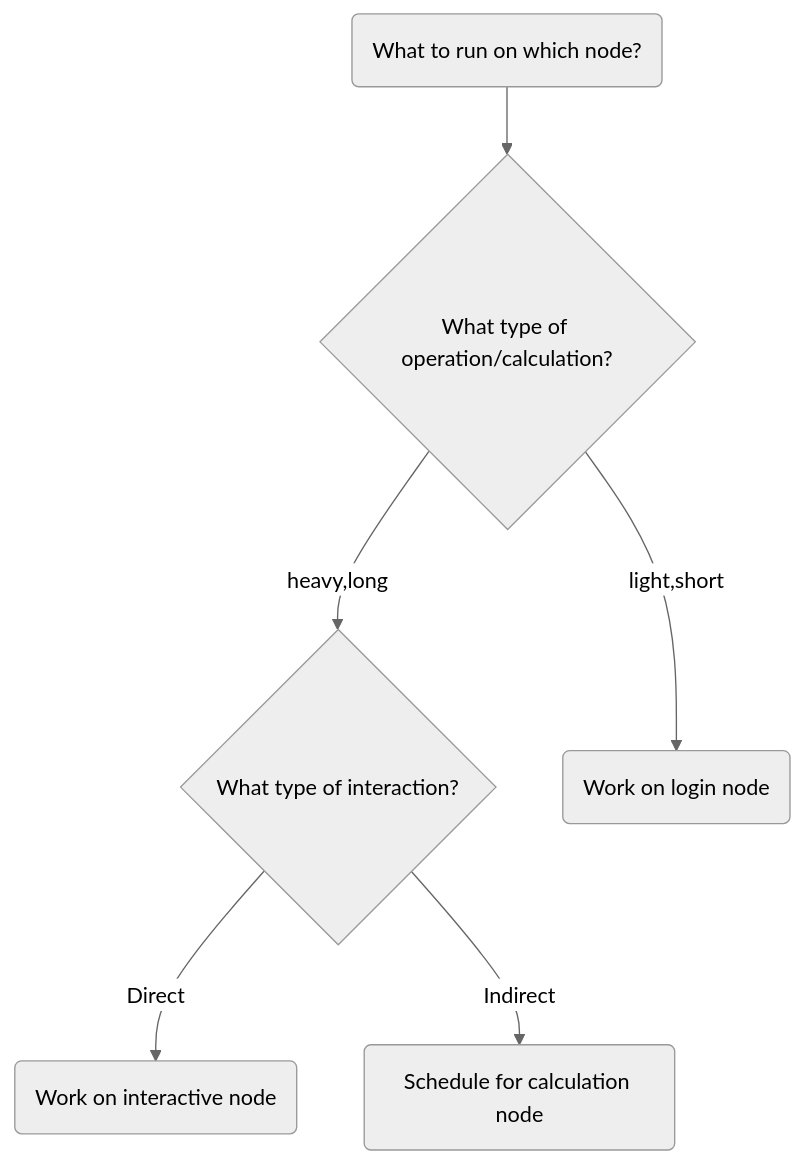
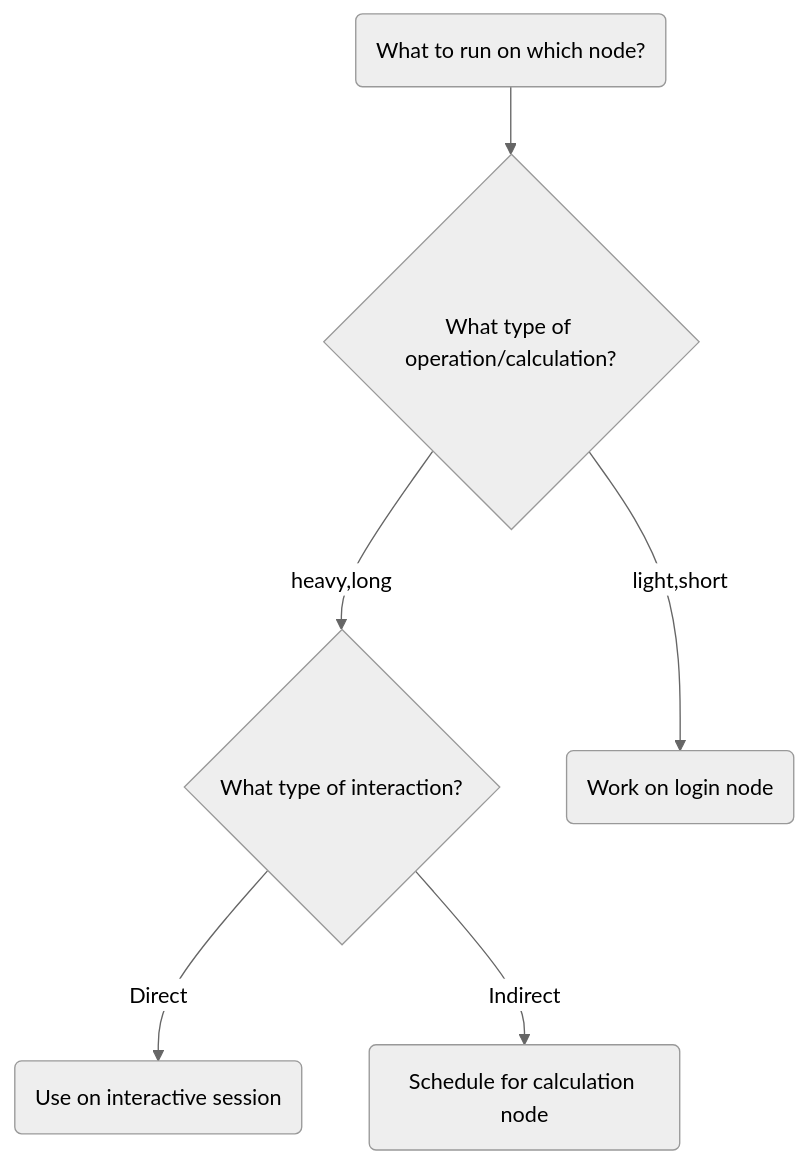
One commit to UPPMAX/bianca_workshops changed the diagram in docs/beginner/slurm_intro.md. Above: the diagram before and after it, drawn with Mermaid (neutral theme). The commit also changed other lines of this file and 3 other files, not shown here.

````diff
--- a/docs/beginner/slurm_intro.md
+++ b/docs/beginner/slurm_intro.md
@@ -92,15 +92,15 @@
 ```mermaid
 flowchart TD
     UPPMAX(What to run on which node?)
     operation_type{What type of operation/calculation?}
     interaction_type{What type of interaction?}
     login_node(Work on login node)
-    interactive_node(Work on interactive node)
+    interactive_node(Use on interactive session)
     calculation_node(Schedule for calculation node)
 
     UPPMAX-->operation_type
     operation_type-->|light,short|login_node
     operation_type-->|heavy,long|interaction_type
     interaction_type-->|Direct|interactive_node
     interaction_type-->|Indirect|calculation_node
 ```
````
